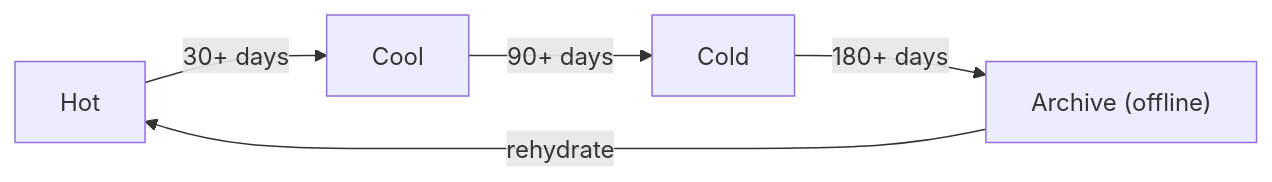
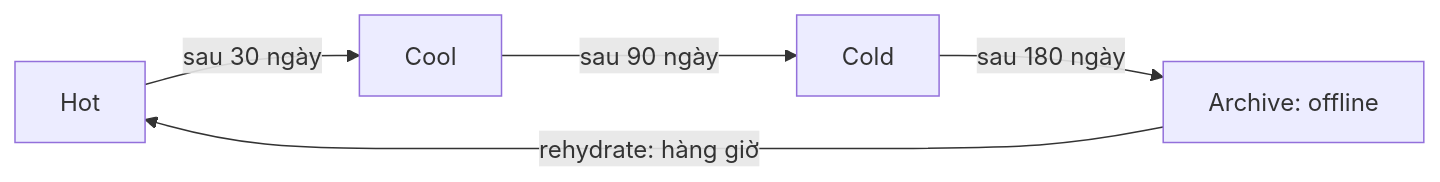
One commit to passion-Infinity/personal-tech-playbook changed the diagram in src/assets/knowledge/playbooks/azure/azure-storage.md. Above: the diagram before and after it, drawn with Mermaid. The commit also changed other lines of this file and 6 other files, not shown here.

First line of the commit message:
Deep-dive rewrite: Azure core architecture, Entra ID/RBAC, VMs, Storage, Networking

````diff
--- a/src/assets/knowledge/playbooks/azure/azure-storage.md
+++ b/src/assets/knowledge/playbooks/azure/azure-storage.md
@@ -22,7 +33,7 @@
 ```mermaid
 flowchart LR
-    H[Hot] -->|"30+ days"| C[Cool]
-    C -->|"90+ days"| CO[Cold]
-    CO -->|"180+ days"| A["Archive (offline)"]
-    A -->|rehydrate| H
+    H[Hot] -->|"sau 30 ngày"| C[Cool]
+    C -->|"sau 90 ngày"| CO[Cold]
+    CO -->|"sau 180 ngày"| A["Archive: offline"]
+    A -->|"rehydrate: hàng giờ"| H
 ```
````
